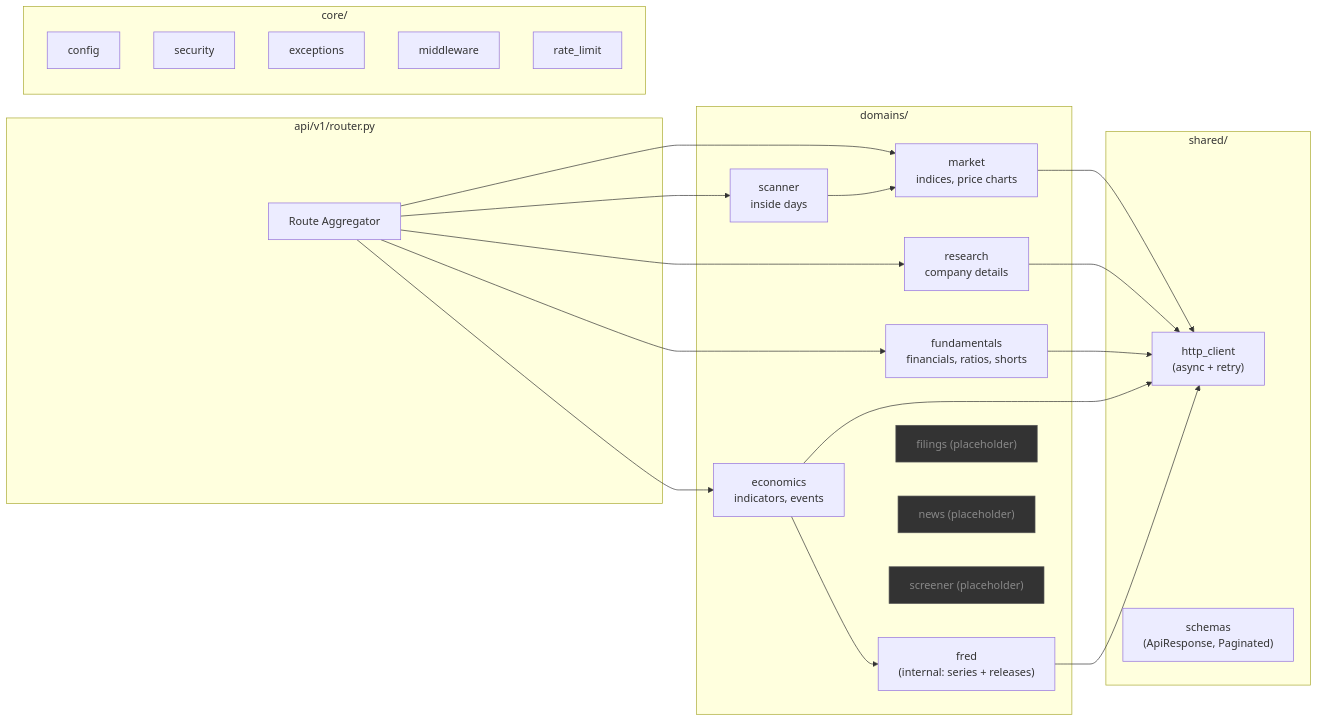
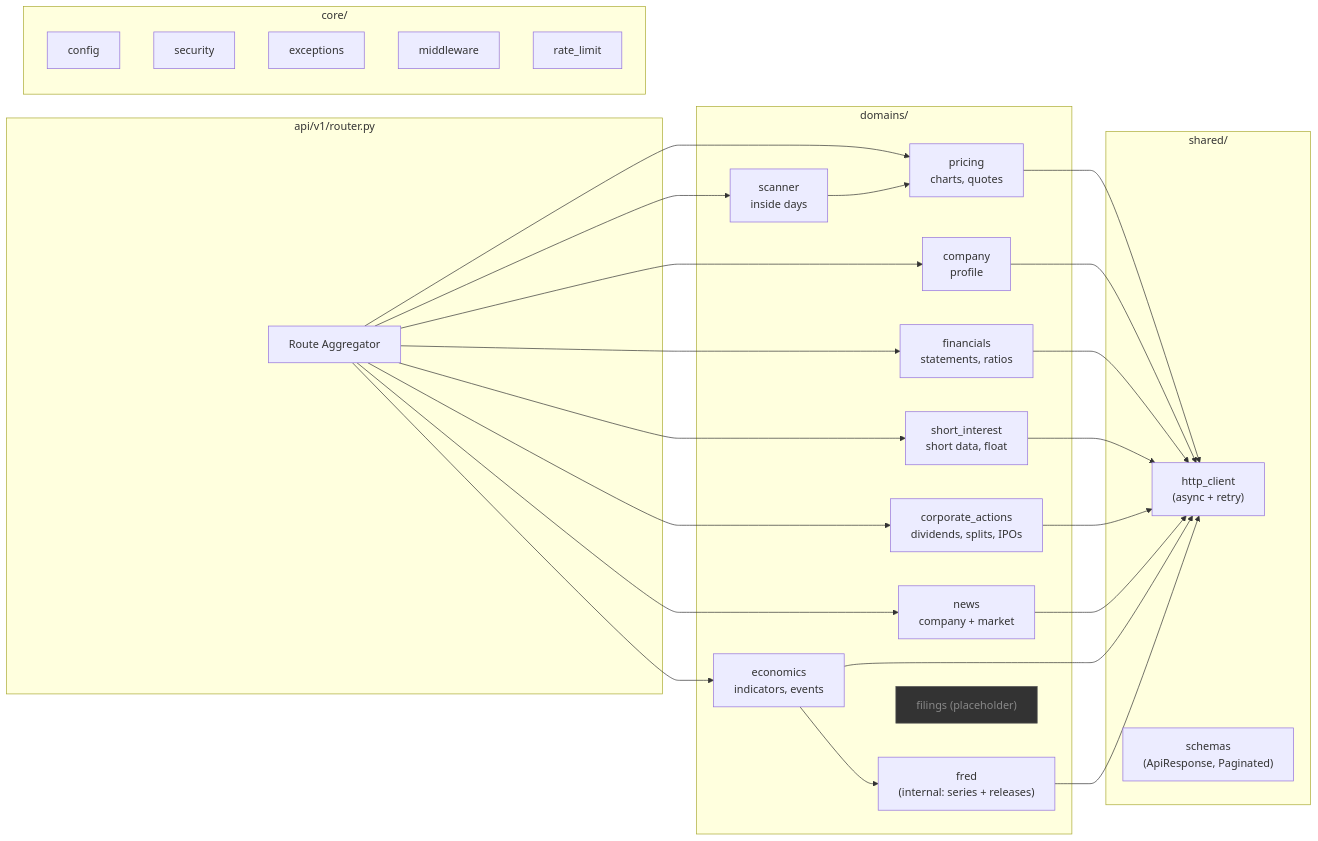
The second of 5 diagrams in project-docs/ARCHITECTURE.md (eshaank/finance-dashboard), drawn with Mermaid before and after one commit. The commit also changed other lines of this file and 55 other files, not shown here.

````diff
--- a/project-docs/ARCHITECTURE.md
+++ b/project-docs/ARCHITECTURE.md
@@ -49,49 +49,54 @@
 ```mermaid
 graph LR
     subgraph api["api/v1/router.py"]
         AGG["Route Aggregator"]
     end
 
     subgraph core["core/"]
         CFG["config"]
         SEC["security"]
         EXC["exceptions"]
         MID["middleware"]
         RL["rate_limit"]
     end
 
     subgraph shared["shared/"]
         HC["http_client<br/>(async + retry)"]
         SCH["schemas<br/>(ApiResponse, Paginated)"]
     end
 
     subgraph domains["domains/"]
-        MKT["market<br/>indices, price charts"]
-        RES["research<br/>company details"]
-        FUN["fundamentals<br/>financials, ratios, shorts"]
+        PRC["pricing<br/>charts, quotes"]
+        CMP["company<br/>profile"]
+        FIN["financials<br/>statements, ratios"]
+        SI["short_interest<br/>short data, float"]
+        CA["corporate_actions<br/>dividends, splits, IPOs"]
+        NEW["news<br/>company + market"]
         SCN["scanner<br/>inside days"]
         ECO["economics<br/>indicators, events"]
         FRD["fred<br/>(internal: series + releases)"]
         FIL["filings (placeholder)"]
-        NEW["news (placeholder)"]
-        SCR["screener (placeholder)"]
     end
 
-    AGG --> MKT
-    AGG --> RES
-    AGG --> FUN
+    AGG --> PRC
+    AGG --> CMP
+    AGG --> FIN
+    AGG --> SI
+    AGG --> CA
+    AGG --> NEW
     AGG --> SCN
     AGG --> ECO
 
-    MKT --> HC
-    RES --> HC
-    FUN --> HC
-    SCN --> MKT
+    PRC --> HC
+    CMP --> HC
+    FIN --> HC
+    SI --> HC
+    CA --> HC
+    NEW --> HC
+    SCN --> PRC
     ECO --> FRD
     ECO --> HC
     FRD --> HC
 
     style FIL fill:#333,stroke:#555,color:#888
-    style NEW fill:#333,stroke:#555,color:#888
-    style SCR fill:#333,stroke:#555,color:#888
 ```
````
